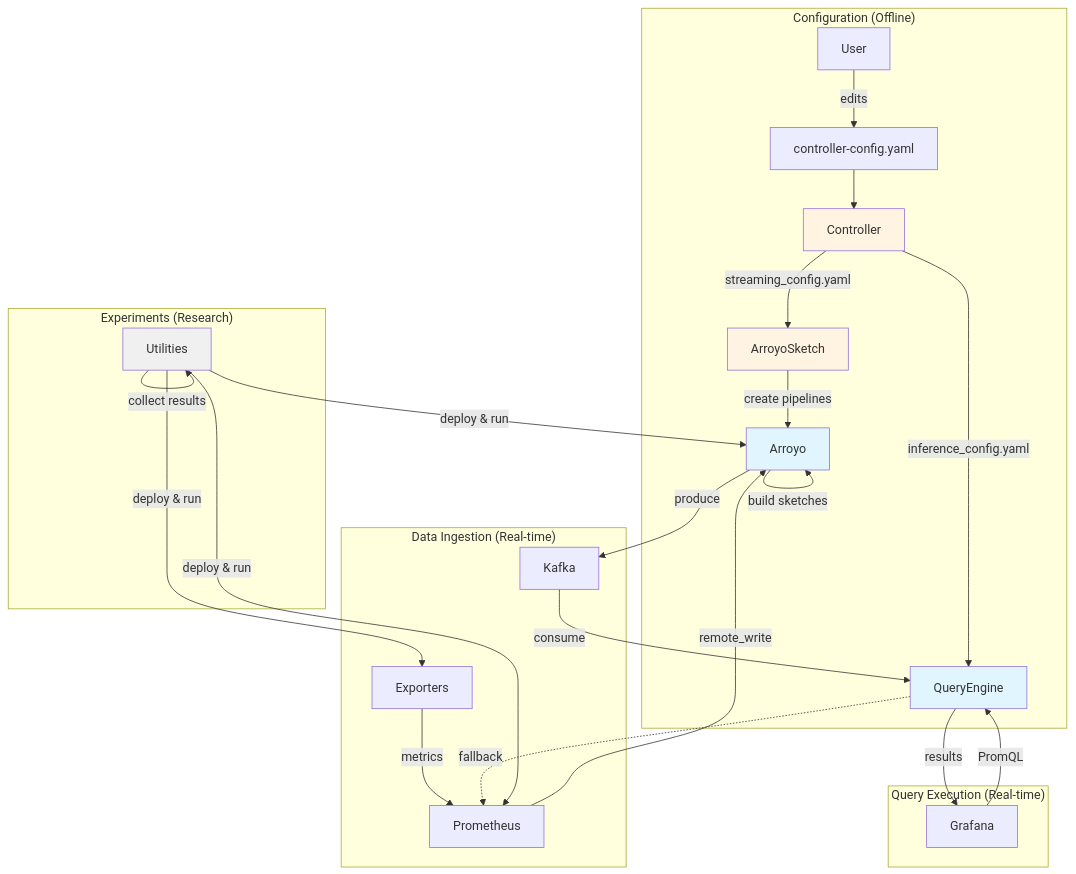
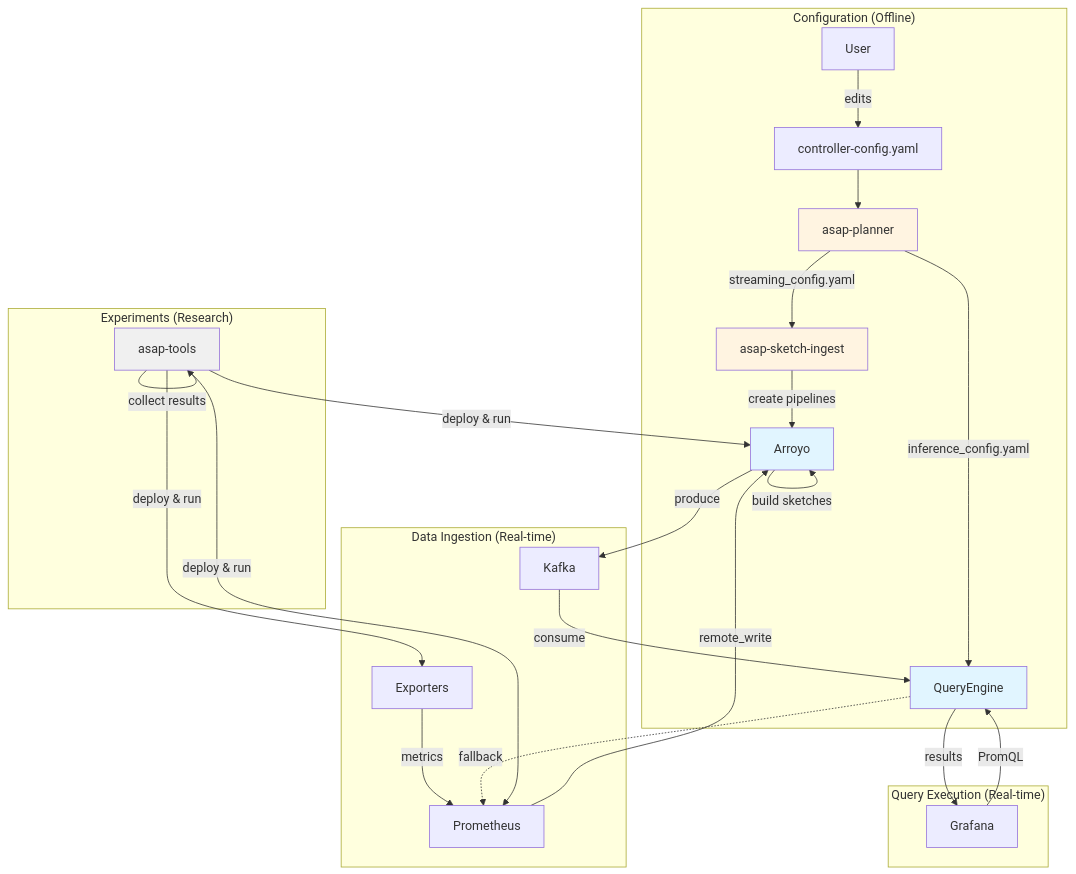
The diagram in docs/02-components/README.md (ProjectASAP/ASAPQuery), drawn with Mermaid before and after one commit. The commit also changed other lines of this file and 643 other files, not shown here.

````diff
--- a/docs/02-components/README.md
+++ b/docs/02-components/README.md
@@ -18,37 +18,37 @@
 ```mermaid
 graph TB
     subgraph "Configuration (Offline)"
         U[User] -->|edits| CC[controller-config.yaml]
-        CC --> C[Controller]
-        C -->|streaming_config.yaml| AS[ArroyoSketch]
+        CC --> C[asap-planner]
+        C -->|streaming_config.yaml| AS[asap-sketch-ingest]
         C -->|inference_config.yaml| Q
         AS -->|create pipelines| A
     end
 
     subgraph "Data Ingestion (Real-time)"
         E[Exporters] -->|metrics| P[Prometheus]
         P -->|remote_write| A[Arroyo]
         A -->|build sketches| A
         A -->|produce| K[Kafka]
     end
 
     subgraph "Query Execution (Real-time)"
         K -->|consume| Q[QueryEngine]
         G[Grafana] -->|PromQL| Q
         Q -->|results| G
         Q -.->|fallback| P
     end
 
     subgraph "Experiments (Research)"
-        EXP[Utilities] -->|deploy & run| E
+        EXP[asap-tools] -->|deploy & run| E
         EXP -->|deploy & run| P
         EXP -->|deploy & run| A
         EXP -->|collect results| EXP
     end
 
     style C fill:#fff4e1
     style AS fill:#fff4e1
     style A fill:#e1f5ff
     style Q fill:#e1f5ff
     style EXP fill:#f0f0f0
 ```
````
